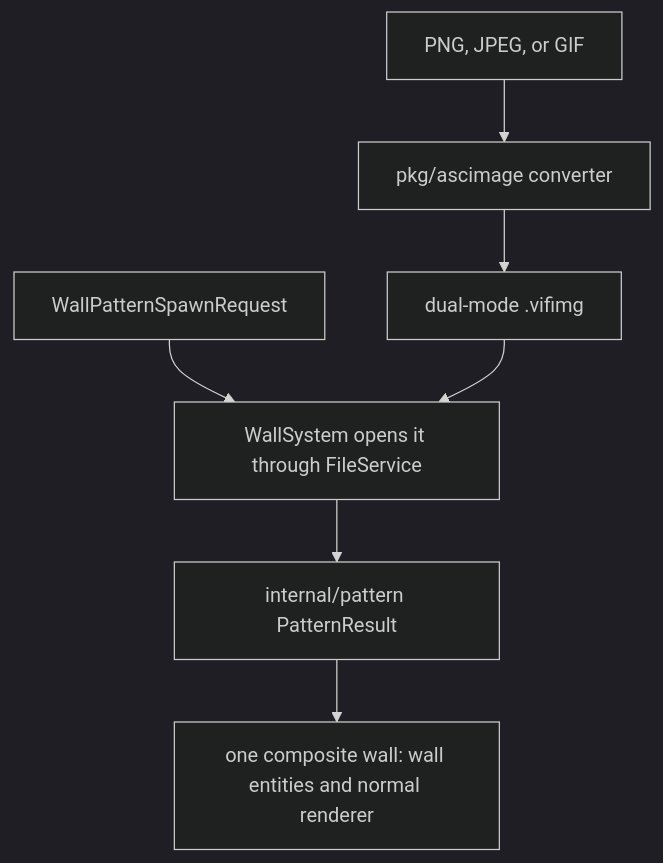
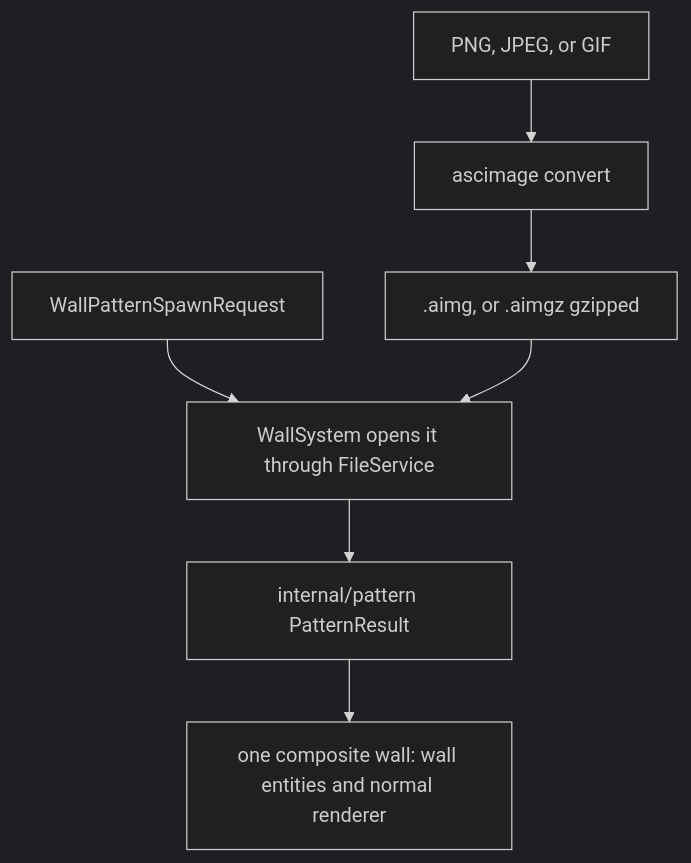
Before and after one commit to lixenwraith/vif: the second of 2 diagrams in doc/content-assets-and-tools.md, drawn with Mermaid (dark theme). The commit also changed other lines of this file and 52 other files, not shown here.

First line of the commit message:
ascimage: the module github.com/lixenwraith/ascimage in pkg/ascimage, .aimg and .aimgz, a subcommand CLI and a browsing TUI (#1033)

````diff
--- a/doc/content-assets-and-tools.md
+++ b/doc/content-assets-and-tools.md
@@ -225,9 +225,9 @@
 ```mermaid
 flowchart TD
-    Raster["PNG, JPEG, or GIF"] --> Asc["pkg/ascimage converter"]
-    Asc --> Dual["dual-mode .vifimg"]
+    Raster["PNG, JPEG, or GIF"] --> Asc["ascimage convert"]
+    Asc --> Dual[".aimg, or .aimgz gzipped"]
     Request["WallPatternSpawnRequest"] --> Wall["WallSystem opens it through FileService"]
     Dual --> Wall
     Wall --> Pattern["internal/pattern PatternResult"]
     Pattern --> ECS["one composite wall: wall entities and normal renderer"]
 ```
````
